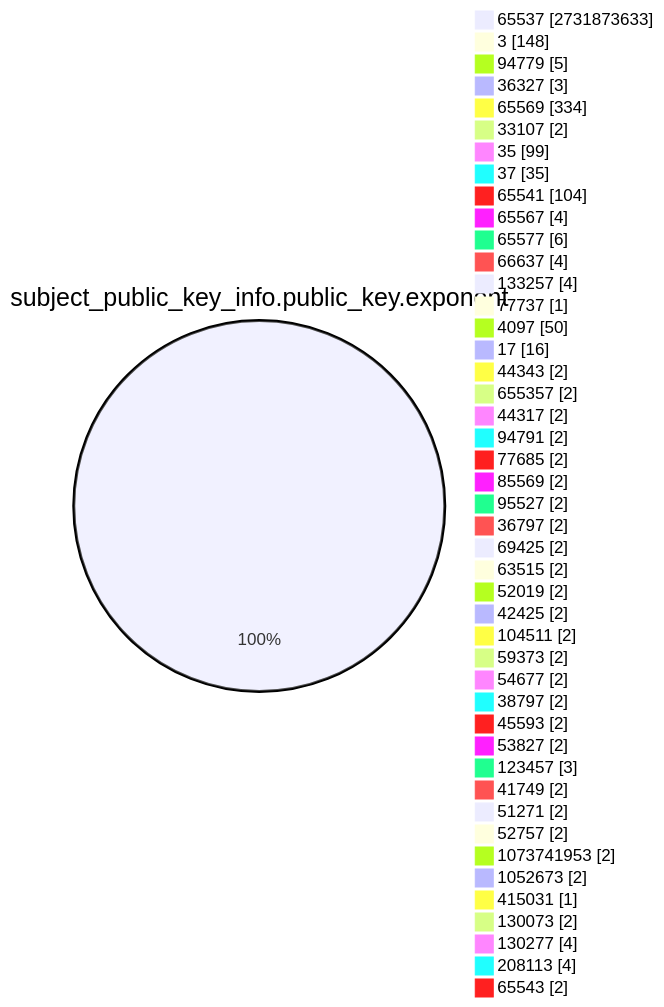
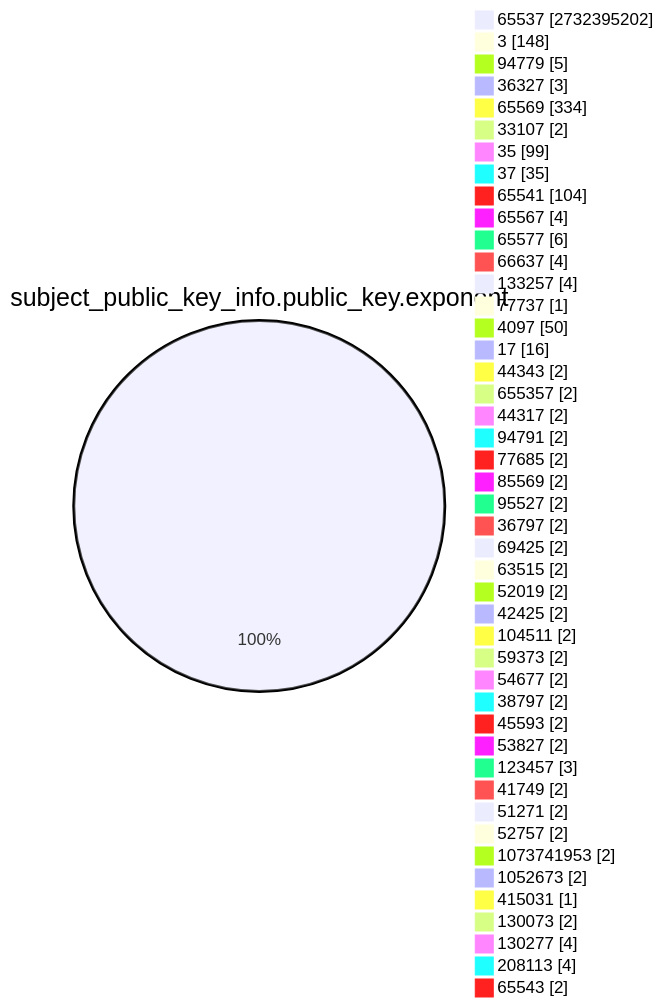
Before and after one commit to christiankrug/ctmonitor_visualization: the fourth of 15 diagrams in TOTAL/README.md, drawn with Mermaid. The commit also changed other lines of this file, not shown here.

````diff
--- a/TOTAL/README.md
+++ b/TOTAL/README.md
@@ -1467,49 +1467,49 @@
 ```mermaid
 pie showData
 title subject_public_key_info.public_key.exponent
-"65537" :2731873633
+"65537" :2732395202
 "3" :148
 "94779" :5
 "36327" :3
 "65569" :334
 "33107" :2
 "35" :99
 "37" :35
 "65541" :104
 "65567" :4
 "65577" :6
 "66637" :4
 "133257" :4
 "77737" :1
 "4097" :50
 "17" :16
 "44343" :2
 "655357" :2
 "44317" :2
 "94791" :2
 "77685" :2
 "85569" :2
 "95527" :2
 "36797" :2
 "69425" :2
 "63515" :2
 "52019" :2
 "42425" :2
 "104511" :2
 "59373" :2
 "54677" :2
 "38797" :2
 "45593" :2
 "53827" :2
 "123457" :3
 "41749" :2
 "51271" :2
 "52757" :2
 "1073741953" :2
 "1052673" :2
 "415031" :1
 "130073" :2
 "130277" :4
 "208113" :4
 "65543" :2
 ```
````
